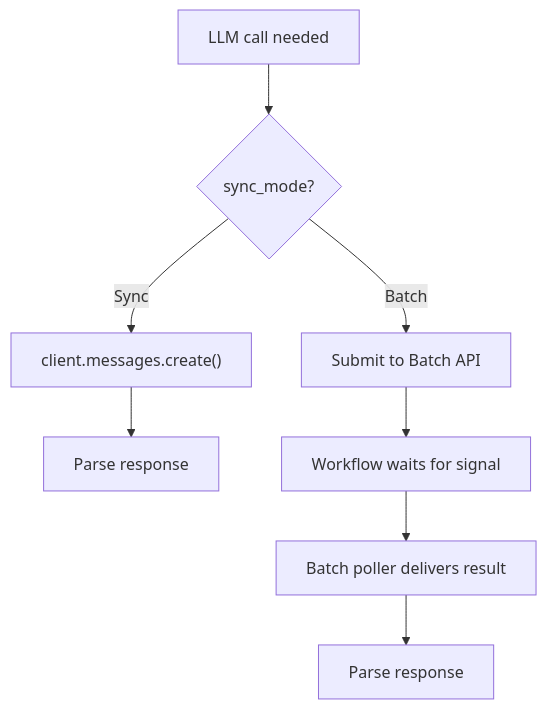
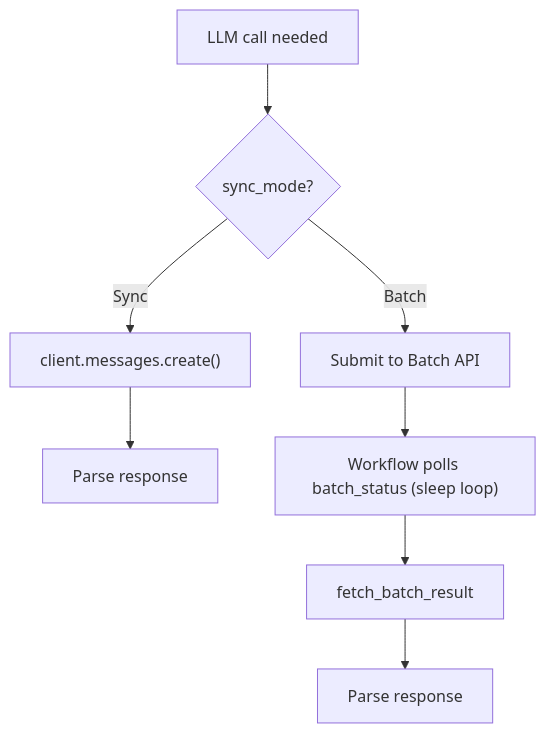
Before and after one commit to stevegsax/forge: the ninth of 10 diagrams in docs/ARCHITECTURE.md, drawn with Mermaid. The commit also changed other lines of this file and 51 other files, not shown here.

````diff
--- a/docs/ARCHITECTURE.md
+++ b/docs/ARCHITECTURE.md
@@ -346,12 +346,12 @@
 ```mermaid
 flowchart TD
     Call["LLM call needed"] --> Mode{sync_mode?}
 
     Mode -->|Sync| Direct["client.messages.create()"]
     Direct --> Result["Parse response"]
 
     Mode -->|Batch| Submit["Submit to Batch API"]
-    Submit --> Wait["Workflow waits for signal"]
-    Wait --> Poller["Batch poller delivers result"]
-    Poller --> Parse["Parse response"]
+    Submit --> Poll["Workflow polls batch_status (sleep loop)"]
+    Poll --> Fetch["fetch_batch_result"]
+    Fetch --> Parse["Parse response"]
 ```
````
